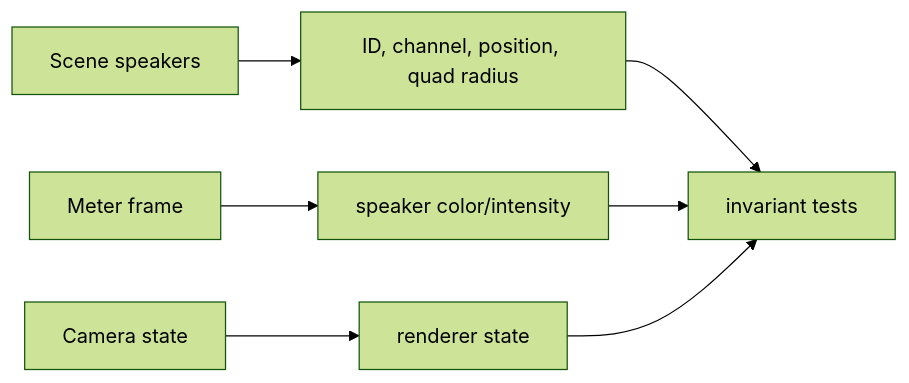
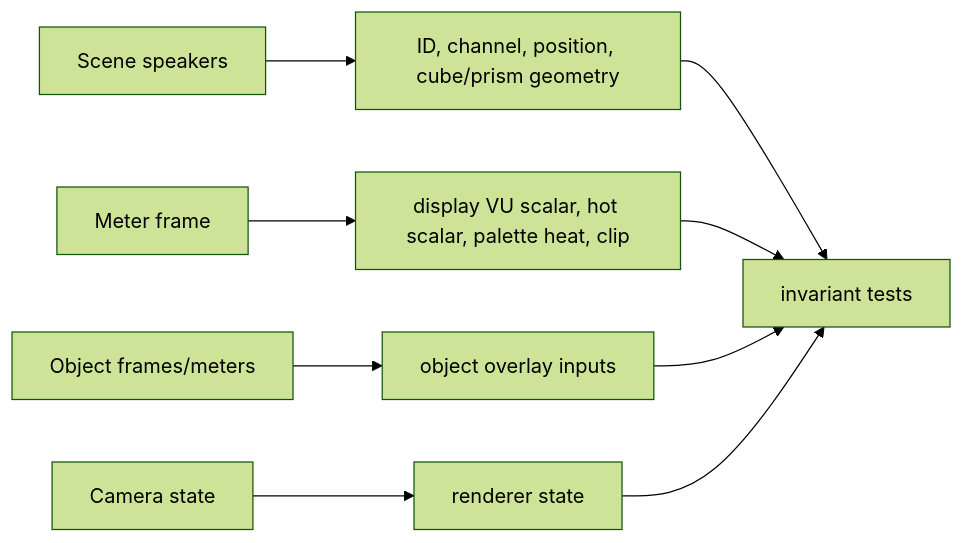
The sixth of 10 diagrams in docs/system-flows.md (jebagu/orbital-view), drawn with Mermaid (forest theme) before and after one commit. The commit also changed other lines of this file and 37 other files, not shown here.

Commit message:
Add SceneKit Cube VU review viewer

````diff
--- a/docs/system-flows.md
+++ b/docs/system-flows.md
@@ -66,9 +72,11 @@
 ```mermaid
 flowchart LR
-  Scene["Scene speakers"] --> StaticInputs["ID, channel, position, quad radius"]
-  Meter["Meter frame"] --> ColorInputs["speaker color/intensity"]
+  Scene["Scene speakers"] --> StaticInputs["ID, channel, position, cube/prism geometry"]
+  Meter["Meter frame"] --> ColorInputs["display VU scalar, hot scalar, palette heat, clip"]
+  Objects["Object frames/meters"] --> ObjectInputs["object overlay inputs"]
   Camera["Camera state"] --> State["renderer state"]
   StaticInputs --> Tests["invariant tests"]
   ColorInputs --> Tests
+  ObjectInputs --> Tests
   State --> Tests
 ```
````
